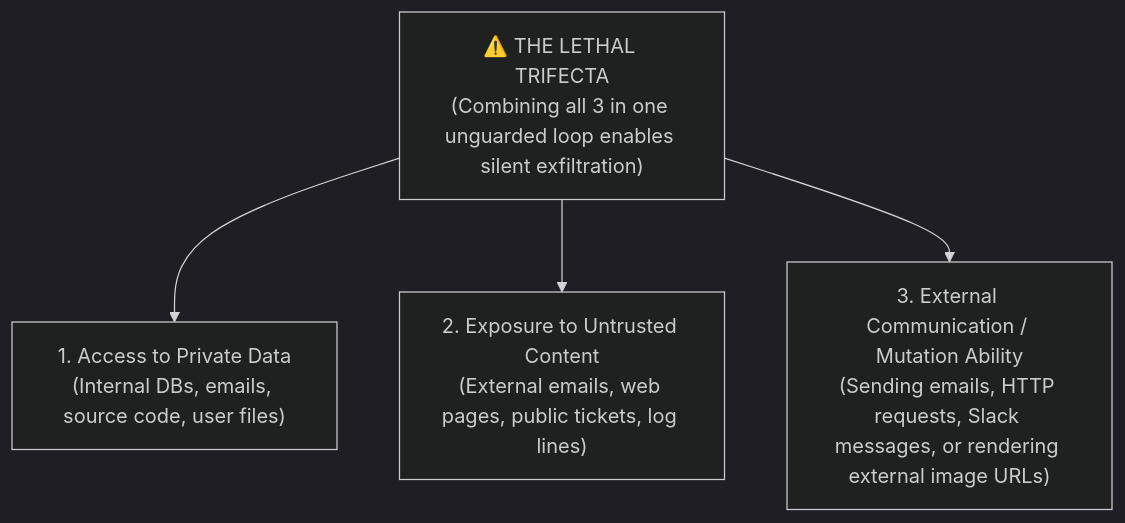
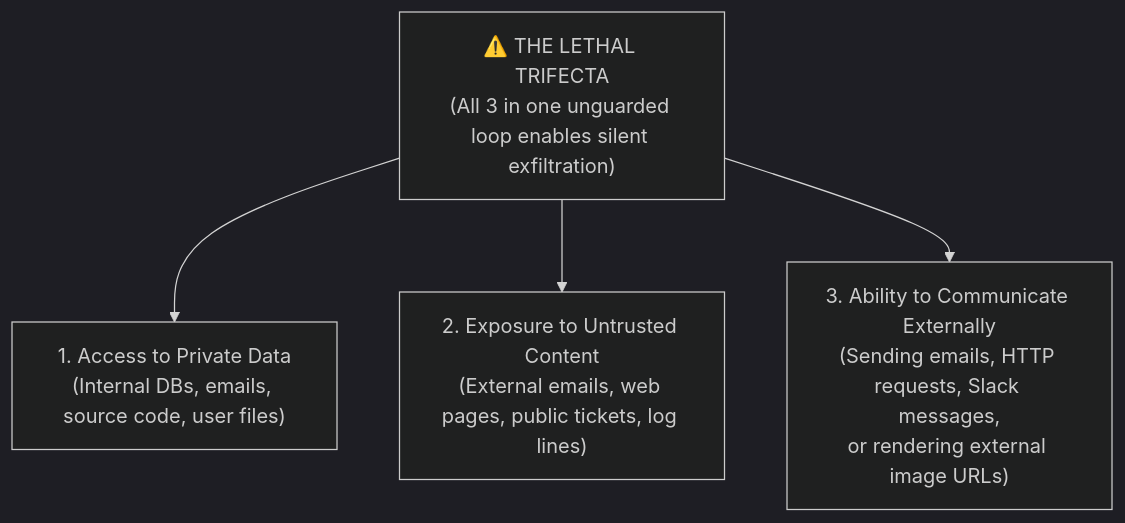
One commit to Rajdipc/agentic-ai-orchestration-patterns changed the first of 2 diagrams in chapter-12-agentic-security-identity-and-sandboxing.md. Above: the diagram before and after it, drawn with Mermaid (dark theme). The commit also changed other lines of this file and 18 other files, not shown here.

````diff
--- a/chapter-12-agentic-security-identity-and-sandboxing.md
+++ b/chapter-12-agentic-security-identity-and-sandboxing.md
@@ -24,7 +28,7 @@
 ```mermaid
 flowchart TD
-    Trifecta["⚠️ THE LETHAL TRIFECTA\n(Combining all 3 in one unguarded loop enables silent exfiltration)"]
-    Trifecta --> C1["1. Access to Private Data\n(Internal DBs, emails, source code, user files)"]
-    Trifecta --> C2["2. Exposure to Untrusted Content\n(External emails, web pages, public tickets, log lines)"]
-    Trifecta --> C3["3. External Communication / Mutation Ability\n(Sending emails, HTTP requests, Slack messages, or rendering external image URLs)"]
+    Trifecta["⚠️ THE LETHAL TRIFECTA<br/>(All 3 in one unguarded loop enables silent exfiltration)"]
+    Trifecta --> C1["1. Access to Private Data<br/>(Internal DBs, emails, source code, user files)"]
+    Trifecta --> C2["2. Exposure to Untrusted Content<br/>(External emails, web pages, public tickets, log lines)"]
+    Trifecta --> C3["3. Ability to Communicate Externally<br/>(Sending emails, HTTP requests, Slack messages,<br/>or rendering external image URLs)"]
 ```
````
